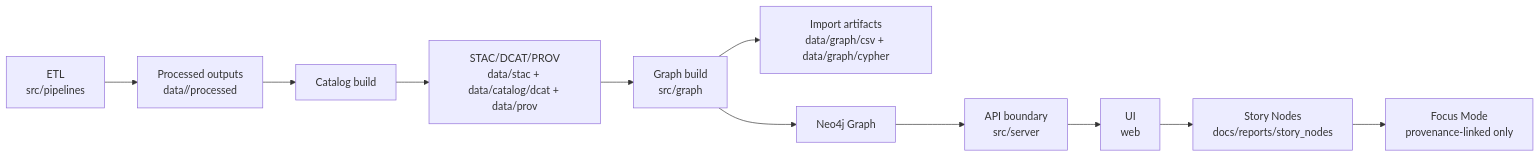
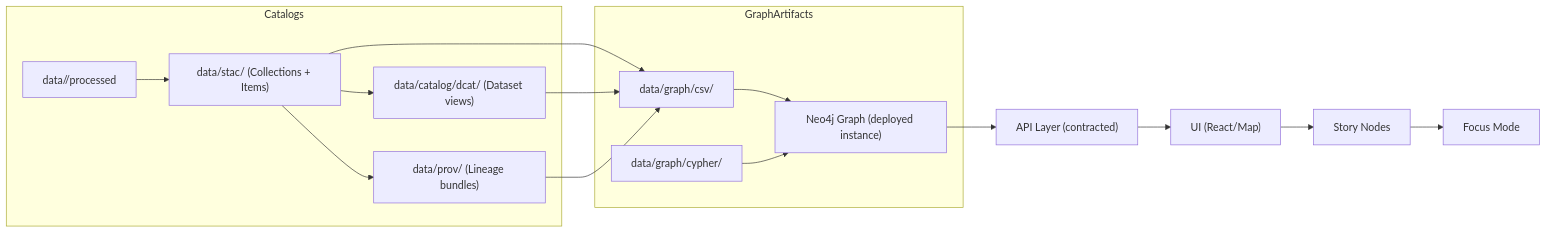
One commit to bartytime4life/Kansas-Frontier-Matrix changed the first of 2 diagrams in data/graph/README.md. Above: the diagram before and after it, drawn with Mermaid. The commit also changed other lines of this file, not shown here.

```diff
--- a/data/graph/README.md
+++ b/data/graph/README.md
@@ -189,13 +179,21 @@
 ~~~mermaid
 flowchart LR
-  A[ETL<br/>src/pipelines] --> B[Processed outputs<br/>data/<domain>/processed]
-  B --> C[Catalog build]
-  C --> D[STAC/DCAT/PROV<br/>data/stac + data/catalog/dcat + data/prov]
-  D --> E[Graph build<br/>src/graph]
-  E --> F[Import artifacts<br/>data/graph/csv + data/graph/cypher]
-  E --> G[Neo4j Graph]
-  G --> H[API boundary<br/>src/server]
-  H --> I[UI<br/>web]
-  I --> J[Story Nodes<br/>docs/reports/story_nodes]
-  J --> K[Focus Mode<br/>provenance-linked only]
+  subgraph Catalogs
+    A["data/<domain>/processed"] --> B["data/stac/ (Collections + Items)"]
+    B --> C["data/catalog/dcat/ (Dataset views)"]
+    B --> D["data/prov/ (Lineage bundles)"]
+  end
+
+  subgraph GraphArtifacts
+    B --> E["data/graph/csv/"]
+    C --> E
+    D --> E
+    E --> F["Neo4j Graph (deployed instance)"]
+    G["data/graph/cypher/"] --> F
+  end
+
+  F --> H["API Layer (contracted)"]
+  H --> I["UI (React/Map)"]
+  I --> J["Story Nodes"]
+  J --> K["Focus Mode"]
 ~~~
```
